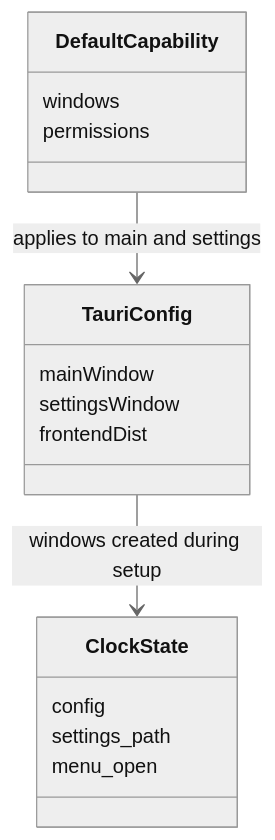
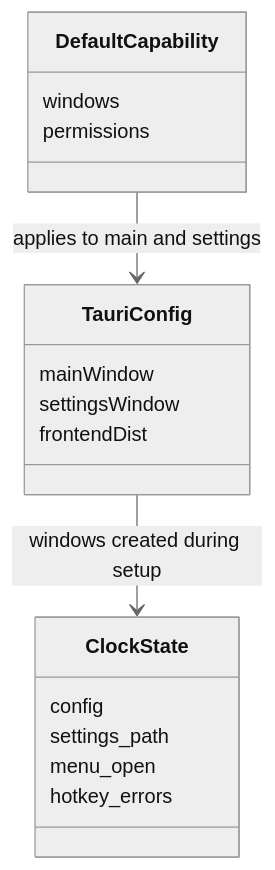
Before and after one commit to tbkmax/TopClock: the first of 2 diagrams in src-tauri/doc/workflow_diagram.md, drawn with Mermaid (neutral theme). The commit also changed other lines of this file and 27 other files, not shown here.

````diff
--- a/src-tauri/doc/workflow_diagram.md
+++ b/src-tauri/doc/workflow_diagram.md
@@ -5,19 +5,20 @@
 ```mermaid
 classDiagram
     class TauriConfig {
       mainWindow
       settingsWindow
       frontendDist
     }
     class ClockState {
       config
       settings_path
       menu_open
+      hotkey_errors
     }
     class DefaultCapability {
       windows
       permissions
     }
     TauriConfig --> ClockState : windows created during setup
     DefaultCapability --> TauriConfig : applies to main and settings
 ```
````
